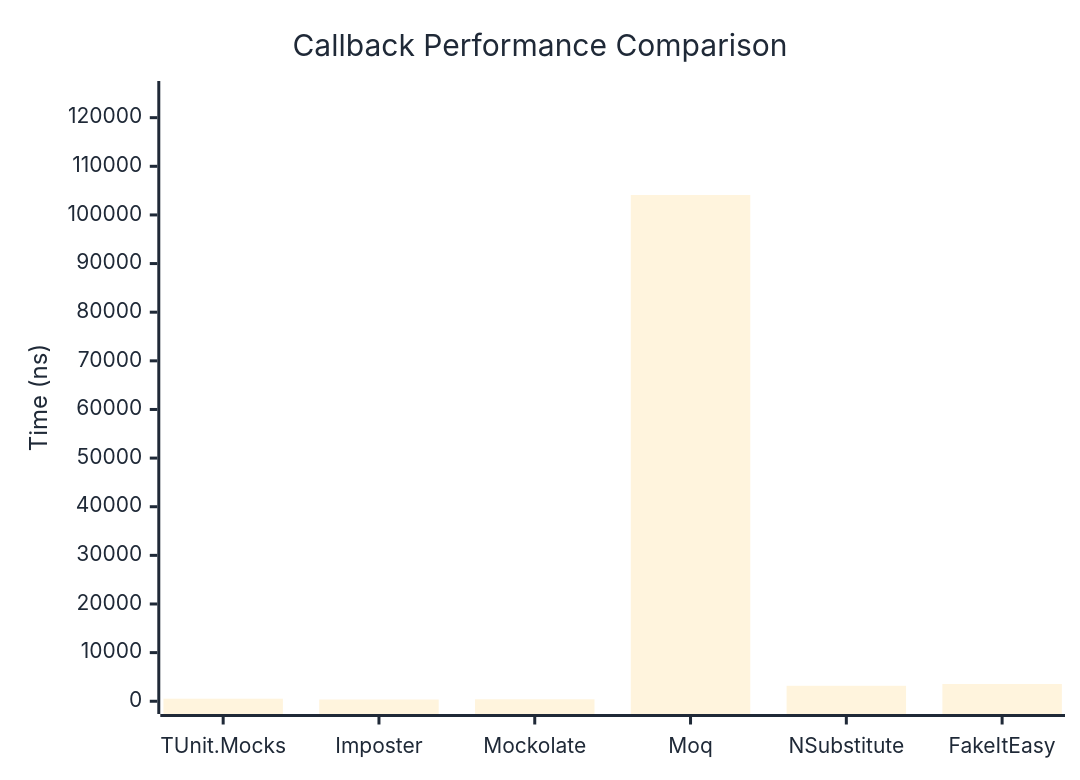
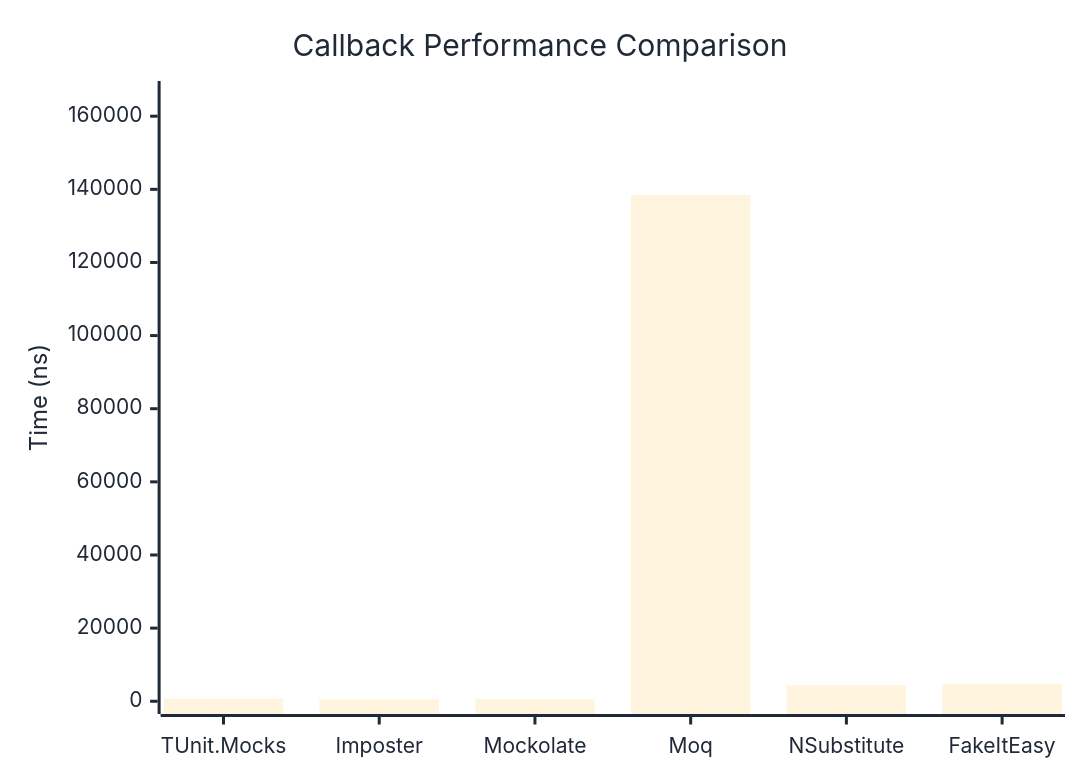
The first of 2 diagrams in docs/docs/benchmarks/mocks/Callback.md (thomhurst/TUnit), drawn with Mermaid before and after one commit. The commit also changed other lines of this file and 14 other files, not shown here.

````diff
--- a/docs/docs/benchmarks/mocks/Callback.md
+++ b/docs/docs/benchmarks/mocks/Callback.md
@@ -28,27 +28,27 @@
 ```mermaid
 %%{init: {
   'theme':'base',
   'themeVariables': {
     'primaryColor': '#2563eb',
     'primaryTextColor': '#1f2937',
     'primaryBorderColor': '#1e40af',
     'lineColor': '#6b7280',
     'secondaryColor': '#7c3aed',
     'tertiaryColor': '#dc2626',
     'background': '#ffffff',
     'pie1': '#2563eb',
     'pie2': '#7c3aed',
     'pie3': '#dc2626',
     'pie4': '#f59e0b',
     'pie5': '#10b981',
     'pie6': '#06b6d4',
     'pie7': '#ec4899',
     'pie8': '#6366f1'
   }
 }}%%
 xychart-beta
   title "Callback Performance Comparison"
   x-axis ["TUnit.Mocks", "Imposter", "Mockolate", "Moq", "NSubstitute", "FakeItEasy"]
-  y-axis "Time (ns)" 0 --> 124919
-  bar [526.2, 360, 403.4, 104098.9, 3178.1, 3545.6]
+  y-axis "Time (ns)" 0 --> 166139
+  bar [685.5, 490.7, 545.3, 138449.1, 4359.4, 4788.6]
 ```
````
